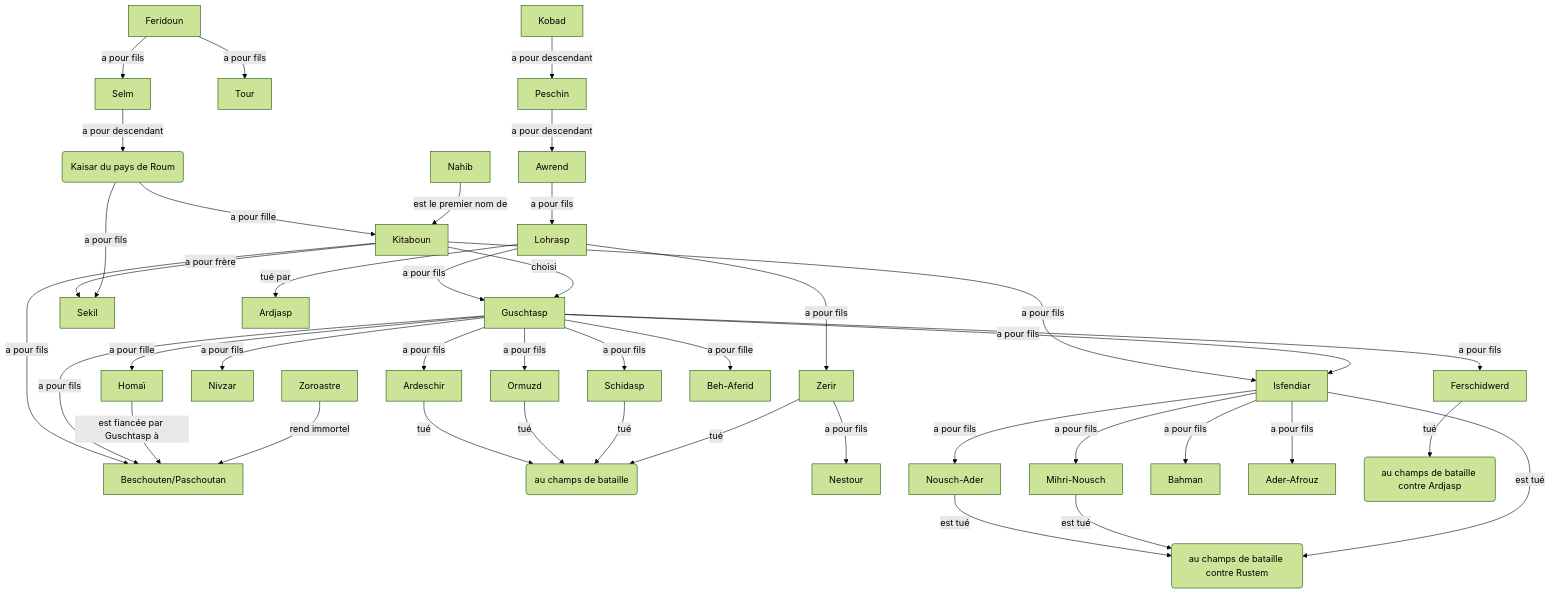
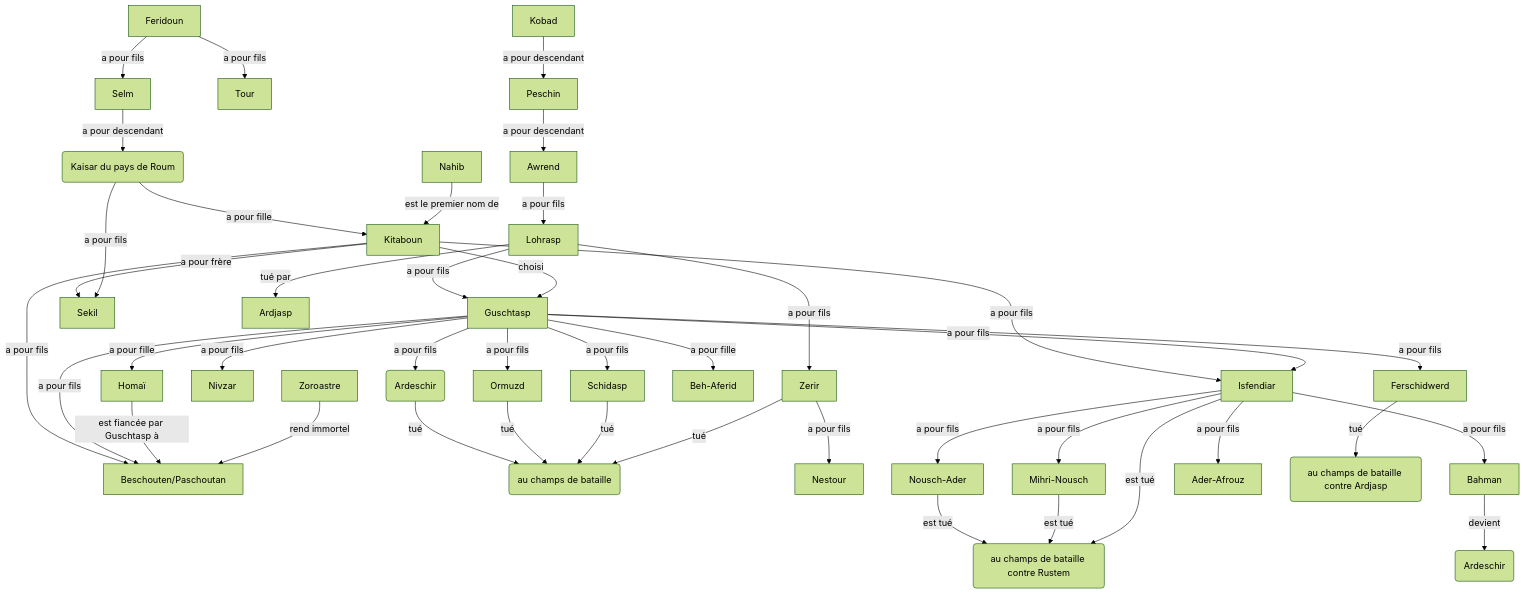
The diagram in src/graphs/lohrasp/lohrasp.mmd (hdorgeval/le-livre-des-rois), drawn with Mermaid (forest theme) before and after one commit. The commit also changed 1 other file, not shown here.

Commit message:
feat(guschtasp): update genealogy

```diff
--- a/src/graphs/lohrasp/lohrasp.mmd
+++ b/src/graphs/lohrasp/lohrasp.mmd
@@ -1,41 +1,42 @@
 graph TD
 Feridoun --a pour fils--> Selm
 Feridoun --a pour fils--> Tour
 Selm --a pour descendant--> K(Kaisar du pays de Roum)
 Kobad --a pour descendant--> Peschin
 Peschin --a pour descendant--> Awrend
 Awrend --a pour fils--> Lohrasp
 Lohrasp --a pour fils--> Guschtasp
 Kitaboun --choisi--> Guschtasp
 Lohrasp --a pour fils--> Zerir
 K(Kaisar du pays de Roum) --a pour fille --> Kitaboun
 Nahib --est le premier nom de --> Kitaboun
 Kitaboun --a pour frère--> Sekil
 K(Kaisar du pays de Roum) --a pour fils--> Sekil 
 Kitaboun --a pour fils--> Beschouten/Paschoutan
 Kitaboun --a pour fils--> Isfendiar
 Guschtasp --a pour fils--> Beschouten/Paschoutan
 Guschtasp --a pour fils--> Isfendiar
 Guschtasp --a pour fils--> Schidasp
 Guschtasp --a pour fils--> Nivzar
-Guschtasp --a pour fils--> Ardeschir
+Guschtasp --a pour fils--> A1(Ardeschir)
 Guschtasp --a pour fils--> Ormuzd
 Guschtasp --a pour fils--> Ferschidwerd
 Guschtasp --a pour fille--> Homaï
 Guschtasp --a pour fille--> Beh-Aferid
-Ardeschir --tué --> B(au champs de bataille)
+A1(Ardeschir) --tué --> B(au champs de bataille)
 Ormuzd --tué --> B(au champs de bataille)
 Schidasp --tué --> B(au champs de bataille)
 Zerir --a pour fils--> Nestour
 Zerir --tué --> B(au champs de bataille)
 Isfendiar --a pour fils--> Nousch-Ader
 Isfendiar --a pour fils--> Mihri-Nousch
 Isfendiar --a pour fils--> Bahman
 Isfendiar --a pour fils--> Ader-Afrouz
 Homaï --est fiancée par Guschtasp à--> Beschouten/Paschoutan
 Zoroastre --rend immortel--> Beschouten/Paschoutan
 Lohrasp --tué par --> Ardjasp
 Ferschidwerd --tué --> C(au champs de bataille contre Ardjasp)
 Nousch-Ader --est tué --> D(au champs de bataille contre Rustem)
 Mihri-Nousch --est tué --> D(au champs de bataille contre Rustem)
 Isfendiar --est tué --> D(au champs de bataille contre Rustem)
+Bahman --devient --> A2(Ardeschir)
```
